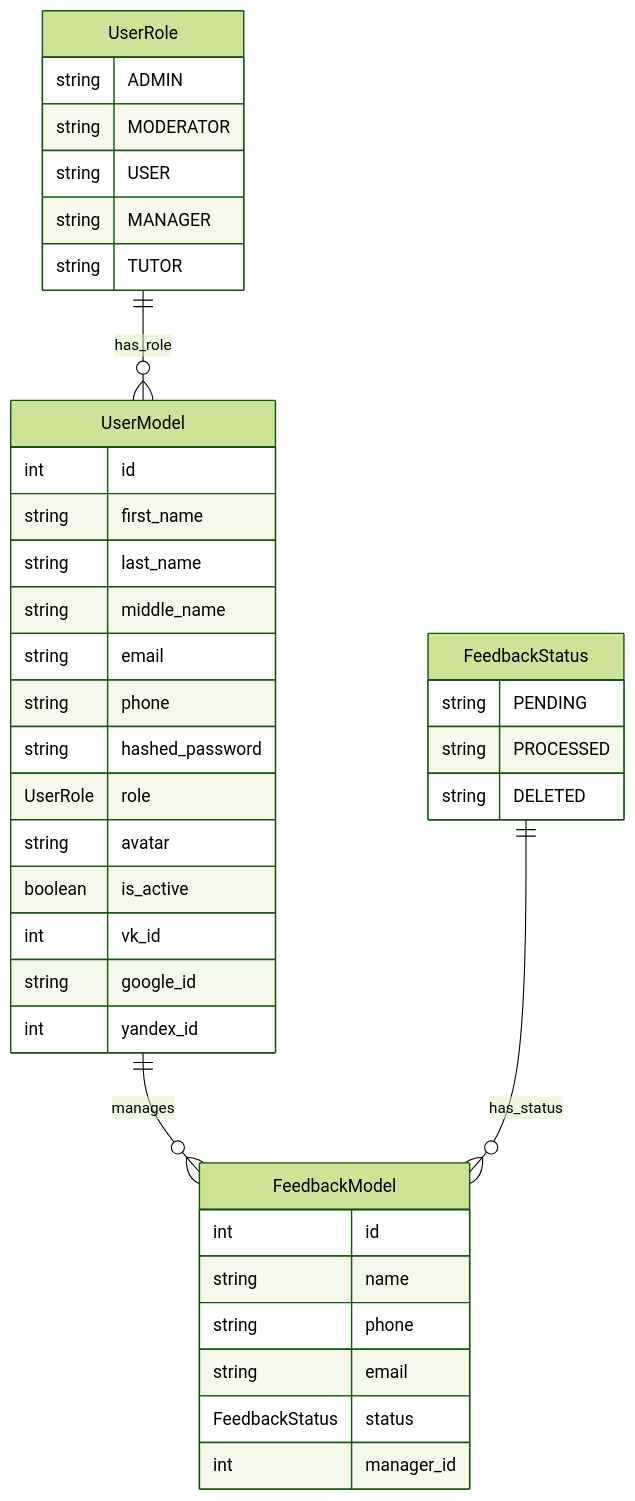
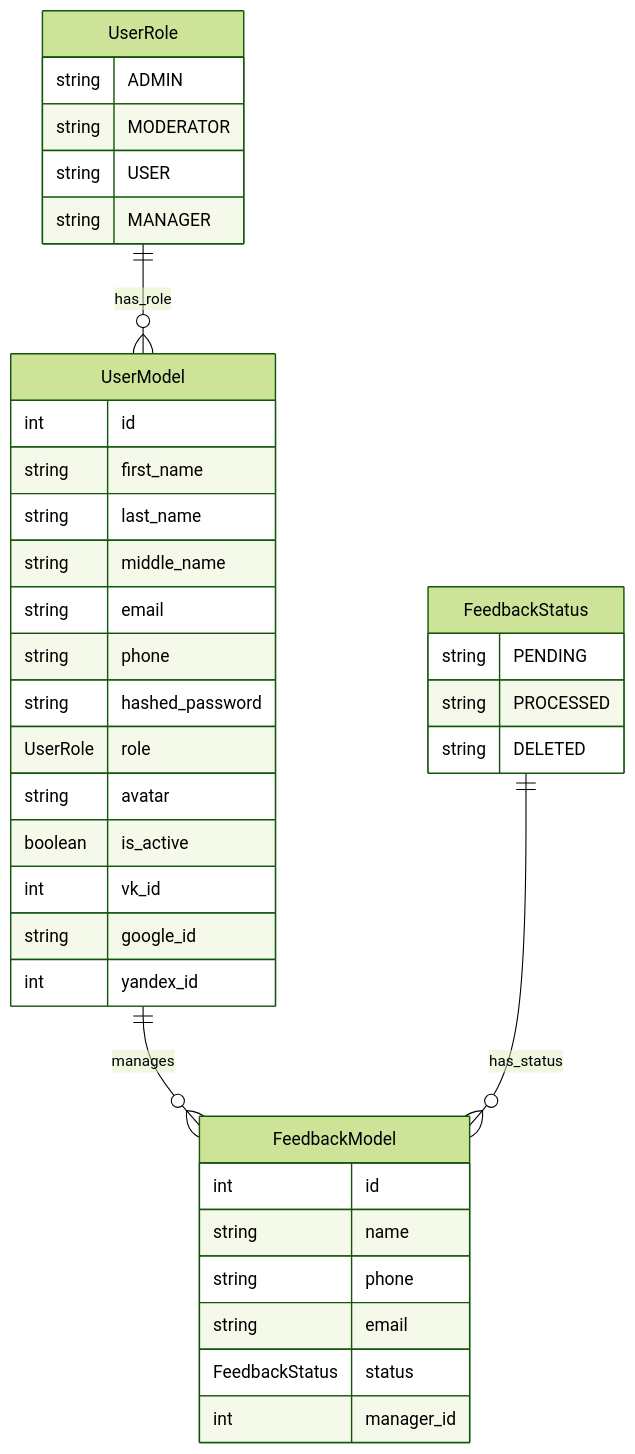
Before and after one commit to darkgooddack/educational-platform: the diagram in docs/models.md, drawn with Mermaid (forest theme). The commit also changed 4 other files, not shown here.

````diff
--- a/docs/models.md
+++ b/docs/models.md
@@ -2,43 +2,42 @@
 ```mermaid
 erDiagram
     UserModel ||--o{ FeedbackModel : manages
     UserModel {
         int id
         string first_name
         string last_name
         string middle_name
         string email
         string phone
         string hashed_password
         UserRole role
         string avatar
         boolean is_active
         int vk_id
         string google_id
         int yandex_id
     }
     FeedbackModel {
         int id
         string name
         string phone
         string email
         FeedbackStatus status
         int manager_id
     }
     UserRole ||--o{ UserModel : has_role
     FeedbackStatus ||--o{ FeedbackModel : has_status
     UserRole {
         string ADMIN
         string MODERATOR
         string USER
         string MANAGER
-        string TUTOR
     }
     FeedbackStatus {
         string PENDING
         string PROCESSED
         string DELETED
     }
 
 
 ```
````
